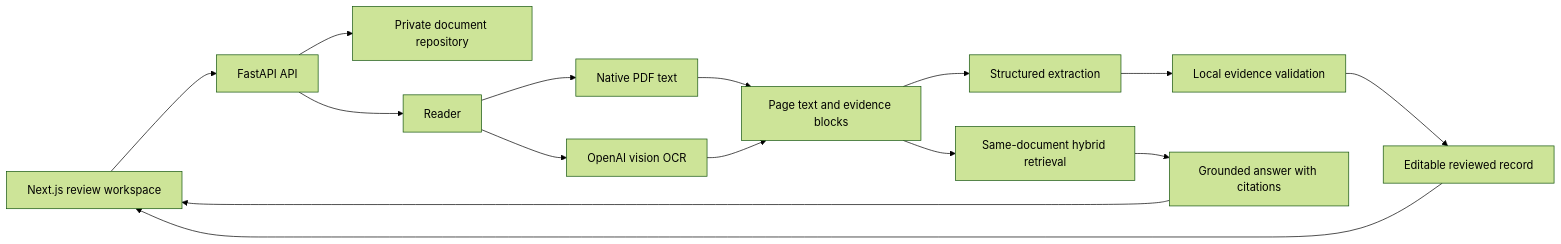
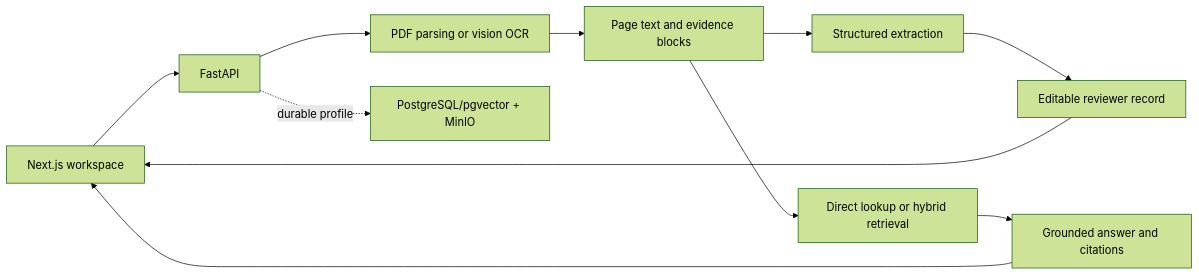
One commit to akshaydubey50/licenceiq changed the diagram in README.md. Above: the diagram before and after it, drawn with Mermaid (forest theme). The commit also changed other lines of this file and 58 other files, not shown here.

````diff
--- a/README.md
+++ b/README.md
@@ -48,17 +32,13 @@
 ```mermaid
 flowchart LR
-    UI[Next.js review workspace] --> API[FastAPI API]
-    API --> Store[Private document repository]
-    API --> Reader[Reader]
-    Reader --> Native[Native PDF text]
-    Reader --> OCR[OpenAI vision OCR]
-    Native --> Evidence[Page text and evidence blocks]
-    OCR --> Evidence
+    Browser[Next.js workspace] --> API[FastAPI]
+    API --> Read[PDF parsing or vision OCR]
+    Read --> Evidence[Page text and evidence blocks]
     Evidence --> Extract[Structured extraction]
-    Extract --> Validate[Local evidence validation]
-    Validate --> Review[Editable reviewed record]
-    Evidence --> Retrieval[Same-document hybrid retrieval]
-    Review --> UI
-    Retrieval --> Answer[Grounded answer with citations]
-    Answer --> UI
+    Extract --> Review[Editable reviewer record]
+    Evidence --> Search[Direct lookup or hybrid retrieval]
+    Search --> Answer[Grounded answer and citations]
+    Review --> Browser
+    Answer --> Browser
+    API -. durable profile .-> Data[PostgreSQL/pgvector + MinIO]
 ```
````
